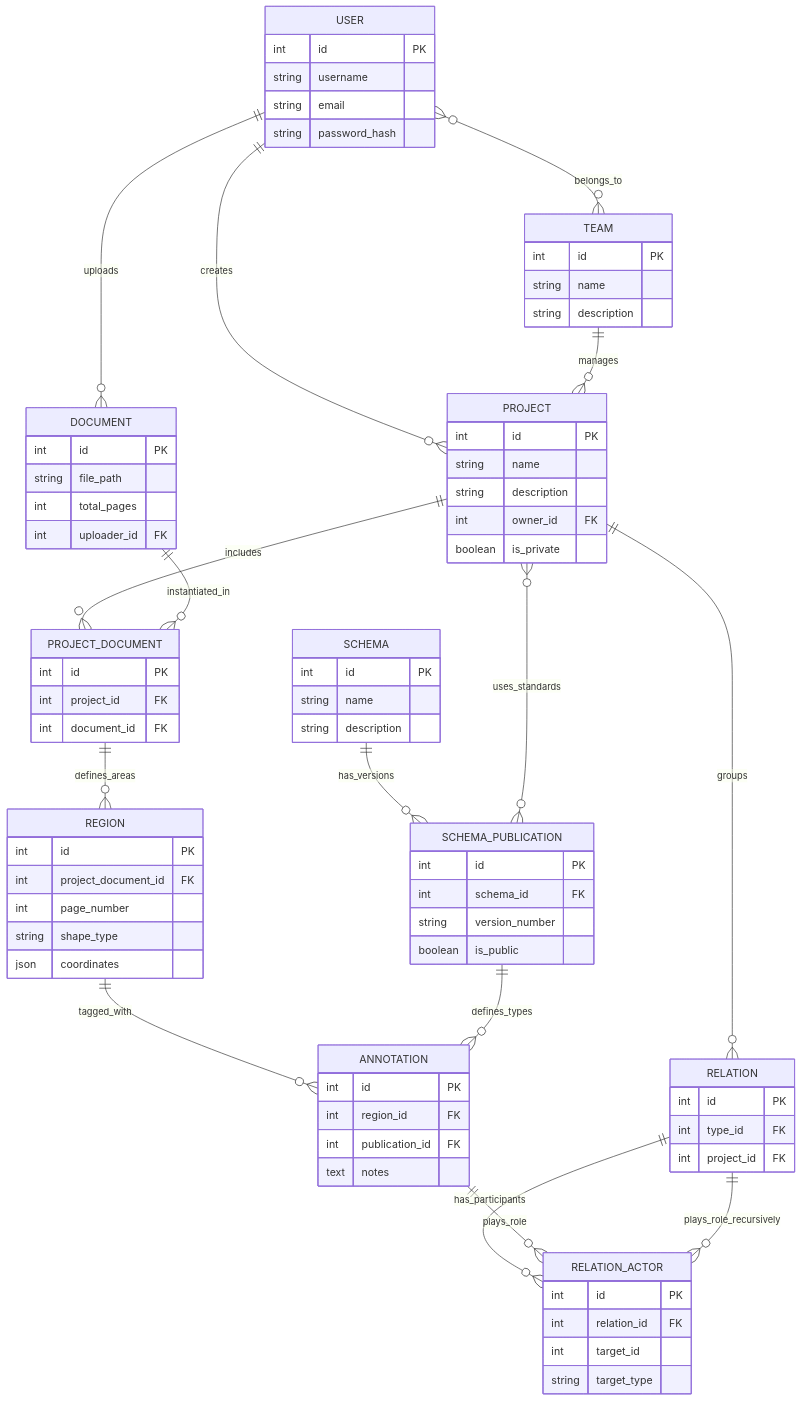
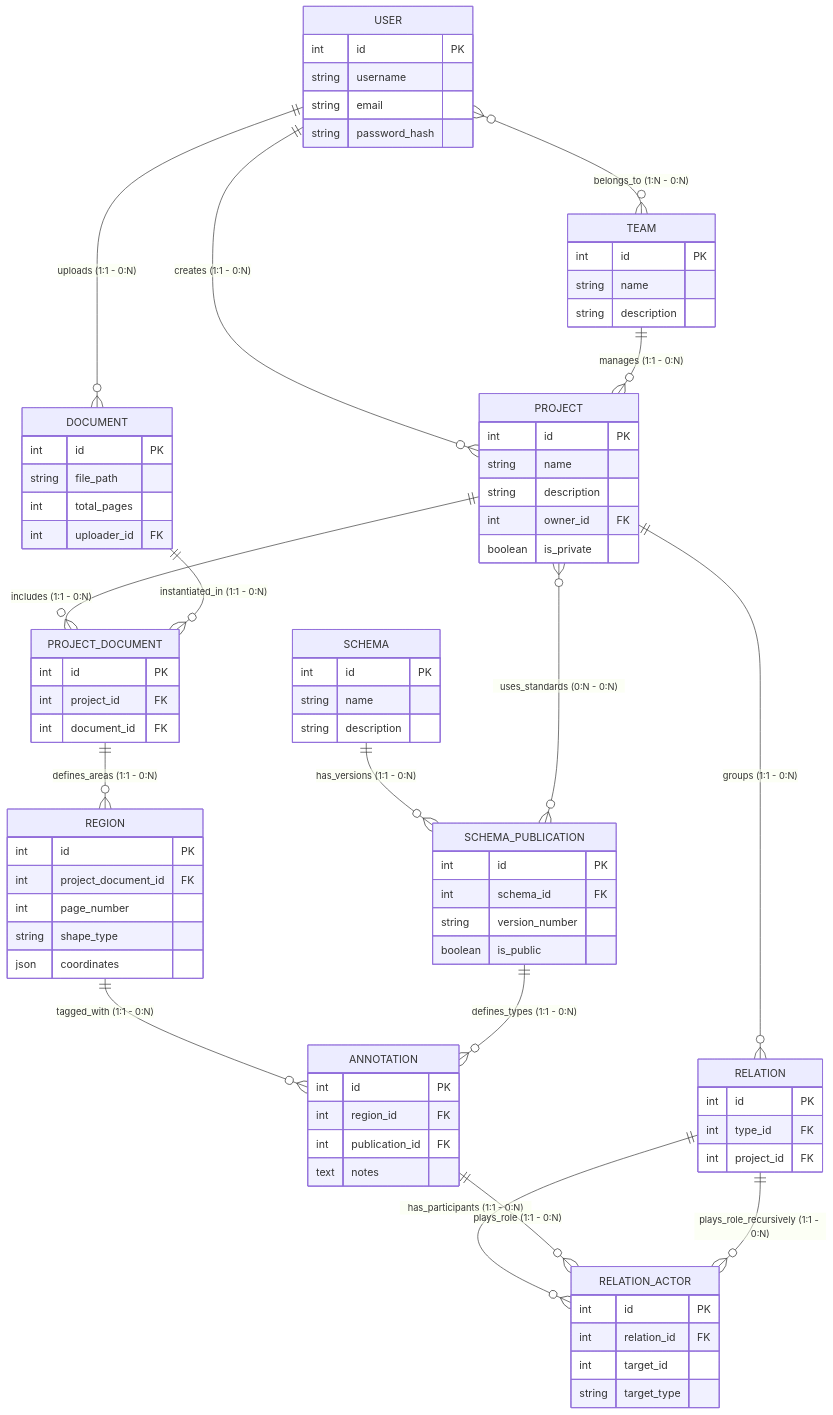
The diagram in ER_Diagram.md (nachoarvilla/TFG_MAST_Backend), drawn with Mermaid before and after one commit.

Commit message:
Diagrama ER actualizado

````diff
--- a/ER_Diagram.md
+++ b/ER_Diagram.md
@@ -1,25 +1,25 @@
 ```mermaid
 erDiagram
-    USER }o--o{ TEAM : belongs_to
-    USER ||--o{ PROJECT : creates
-    TEAM ||--o{ PROJECT : manages
-    USER ||--o{ DOCUMENT : uploads
+    USER }o--o{ TEAM : "belongs_to (1:N - 0:N)"
+    USER ||--o{ PROJECT : "creates (1:1 - 0:N)"
+    TEAM ||--o{ PROJECT : "manages (1:1 - 0:N)"
+    USER ||--o{ DOCUMENT : "uploads (1:1 - 0:N)"
 
-    PROJECT ||--o{ PROJECT_DOCUMENT : includes
-    DOCUMENT ||--o{ PROJECT_DOCUMENT : instantiated_in
+    PROJECT ||--o{ PROJECT_DOCUMENT : "includes (1:1 - 0:N)"
+    DOCUMENT ||--o{ PROJECT_DOCUMENT : "instantiated_in (1:1 - 0:N)"
     
-    SCHEMA ||--o{ SCHEMA_PUBLICATION : has_versions
-    PROJECT }o--o{ SCHEMA_PUBLICATION : uses_standards
+    SCHEMA ||--o{ SCHEMA_PUBLICATION : "has_versions (1:1 - 0:N)"
+    PROJECT }o--o{ SCHEMA_PUBLICATION : "uses_standards (0:N - 0:N)"
     
-    PROJECT_DOCUMENT ||--o{ REGION : defines_areas
+    PROJECT_DOCUMENT ||--o{ REGION : "defines_areas (1:1 - 0:N)"
     
-    REGION ||--o{ ANNOTATION : tagged_with
-    SCHEMA_PUBLICATION ||--o{ ANNOTATION : defines_types
+    REGION ||--o{ ANNOTATION : "tagged_with (1:1 - 0:N)"
+    SCHEMA_PUBLICATION ||--o{ ANNOTATION : "defines_types (1:1 - 0:N)"
     
-    PROJECT ||--o{ RELATION : groups
-    RELATION ||--o{ RELATION_ACTOR : has_participants
-    ANNOTATION ||--o{ RELATION_ACTOR : plays_role
-    RELATION ||--o{ RELATION_ACTOR : plays_role_recursively
+    PROJECT ||--o{ RELATION : "groups (1:1 - 0:N)"
+    RELATION ||--o{ RELATION_ACTOR : "has_participants (1:1 - 0:N)"
+    ANNOTATION ||--o{ RELATION_ACTOR : "plays_role (1:1 - 0:N)"
+    RELATION ||--o{ RELATION_ACTOR : "plays_role_recursively (1:1 - 0:N)"
 
     USER {
         int id PK
````
